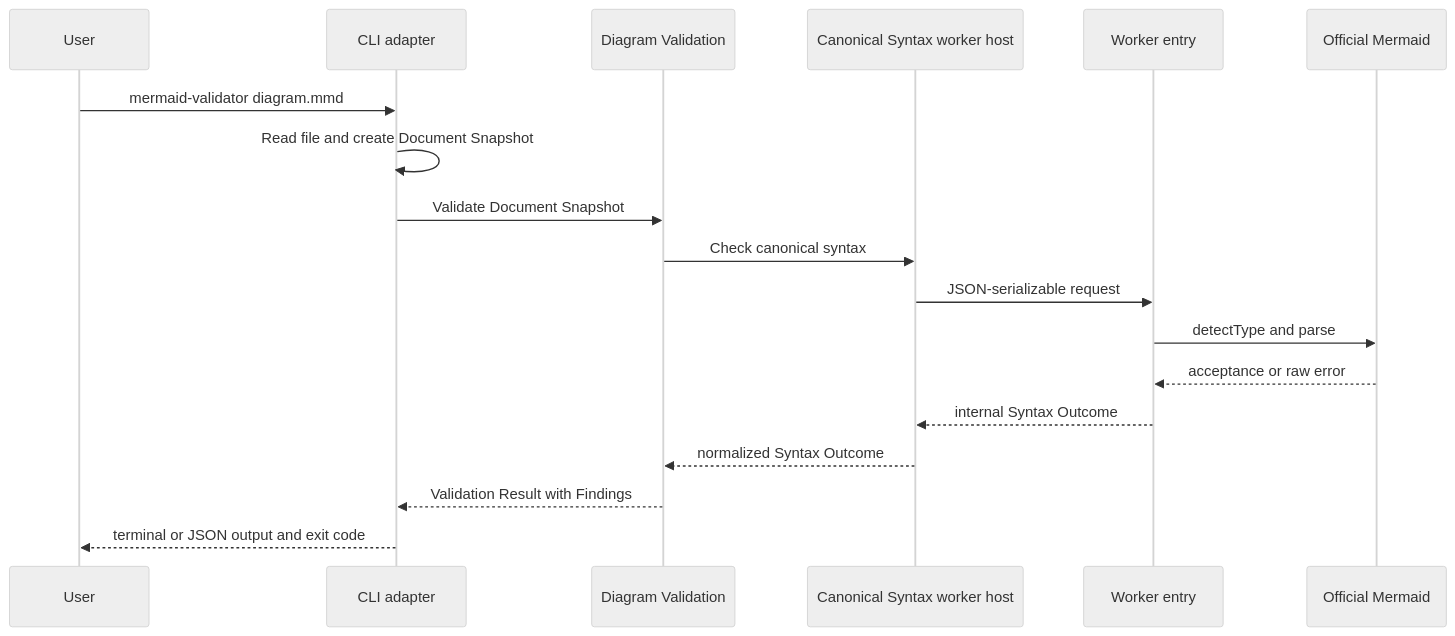
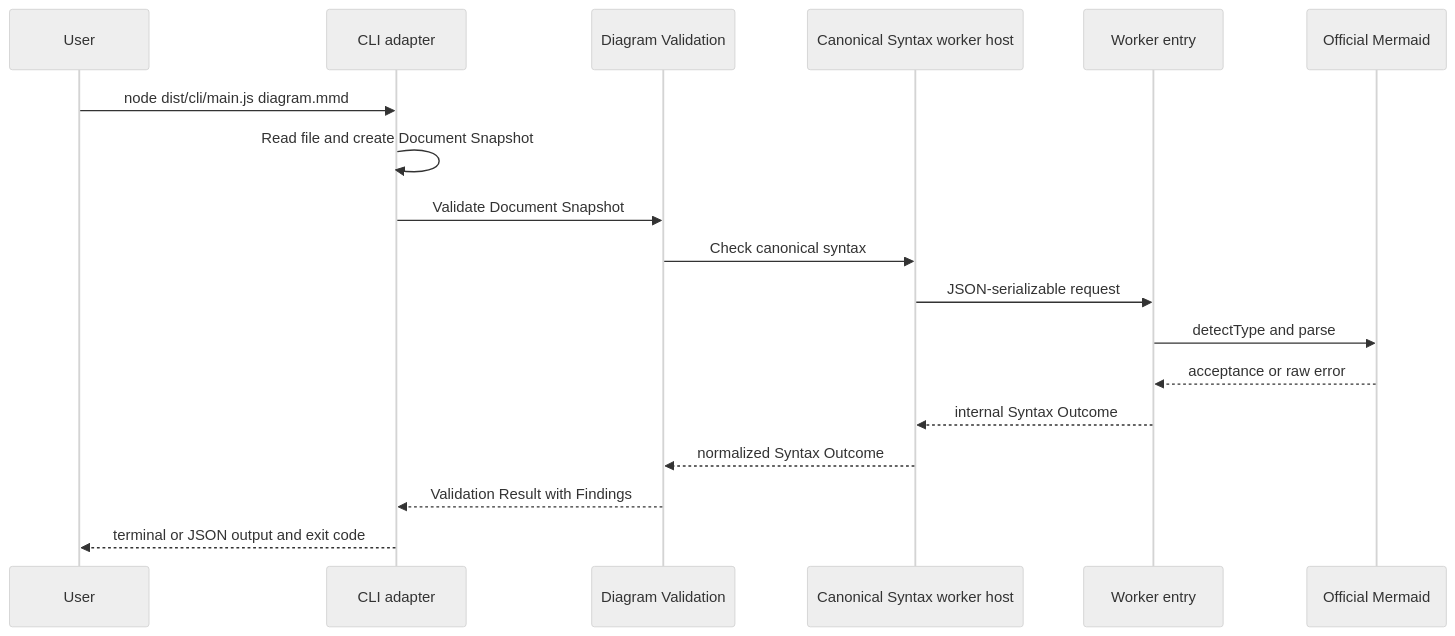
Before and after one commit to sanbaiw/mermaid-validator: the second of 2 diagrams in ARCHITECTURE.md, drawn with Mermaid (neutral theme). The commit also changed other lines of this file and 2 other files, not shown here.

````diff
--- a/ARCHITECTURE.md
+++ b/ARCHITECTURE.md
@@ -239,21 +242,21 @@
 ```mermaid
 sequenceDiagram
   participant User
   participant CLI as CLI adapter
   participant Validation as Diagram Validation
   participant Host as Canonical Syntax worker host
   participant Worker as Worker entry
   participant Mermaid as Official Mermaid
 
-  User->>CLI: mermaid-validator diagram.mmd
+  User->>CLI: node dist/cli/main.js diagram.mmd
   CLI->>CLI: Read file and create Document Snapshot
   CLI->>Validation: Validate Document Snapshot
   Validation->>Host: Check canonical syntax
   Host->>Worker: JSON-serializable request
   Worker->>Mermaid: detectType and parse
   Mermaid-->>Worker: acceptance or raw error
   Worker-->>Host: internal Syntax Outcome
   Host-->>Validation: normalized Syntax Outcome
   Validation-->>CLI: Validation Result with Findings
   CLI-->>User: terminal or JSON output and exit code
 ```
````
